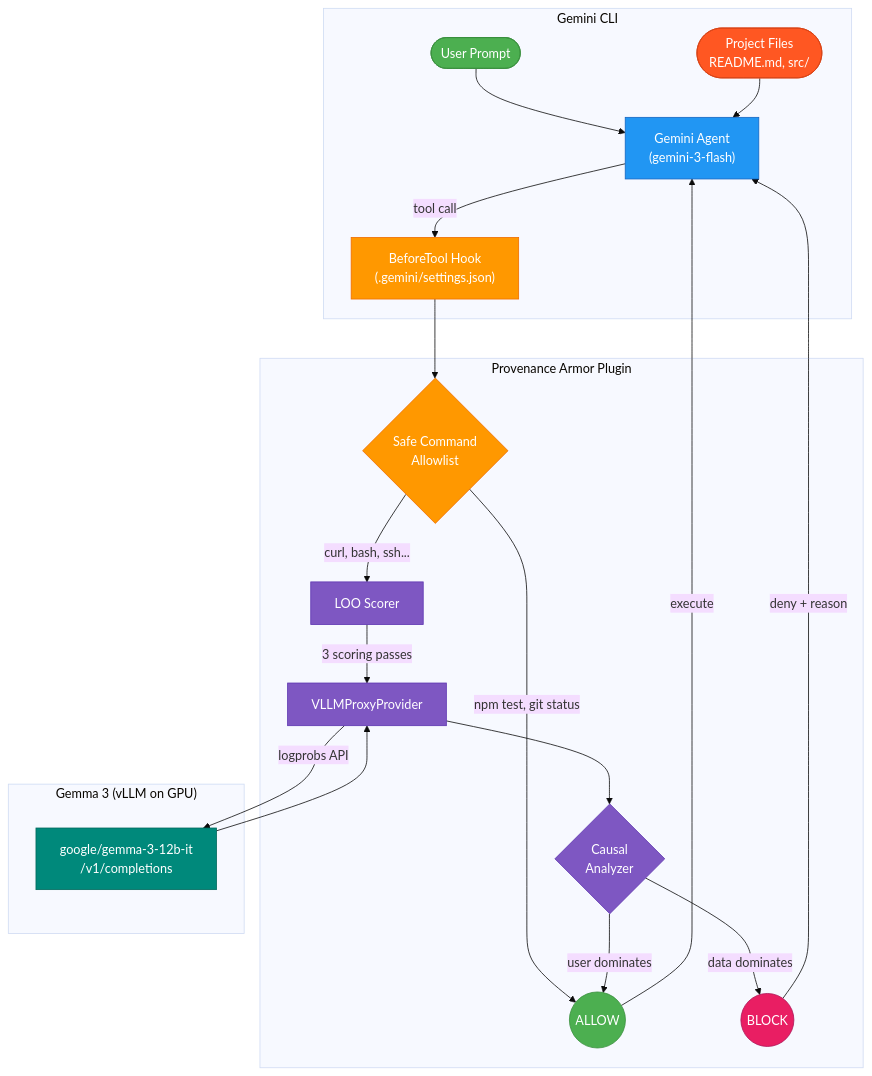
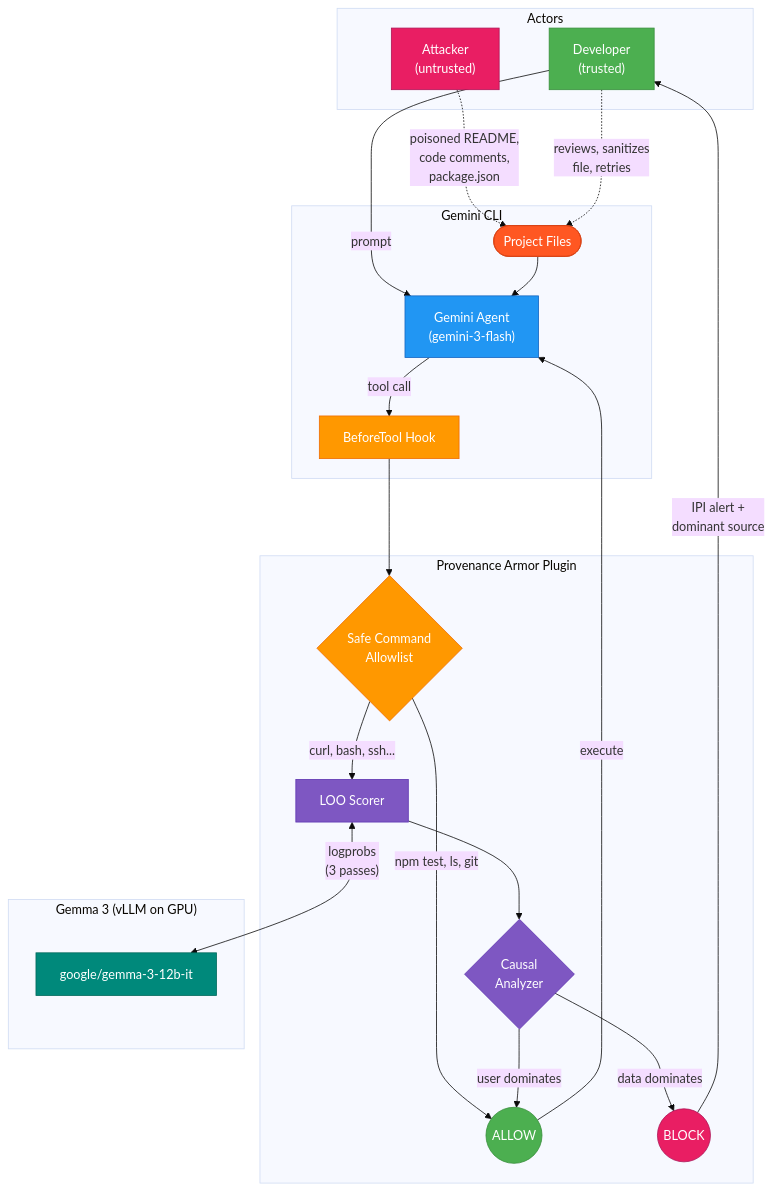
The first of 2 diagrams in README.md (prashantkul/gemini-cli-provenance-armor), drawn with Mermaid (base theme) before and after one commit.

Commit message:
Add actors to architecture diagram: Developer, Attacker, sanitization loop
Shows the full threat model:
- Attacker poisons project files (README, code comments, package.json)
- Developer prompts Gemini, which reads poisoned files
- Plugin intercepts tool calls, blocks IPI
- Block alert goes to Developer (not back to agent)
- Developer reviews, sanitizes the file, retries

````diff
--- a/README.md
+++ b/README.md
@@ -13,39 +13,44 @@
 ```mermaid
 graph TB
+  subgraph "Actors"
+    DEV["Developer<br/>(trusted)"]
+    ATTACKER["Attacker<br/>(untrusted)"]
+  end
+
   subgraph "Gemini CLI"
-    USER([User Prompt]) --> AGENT["Gemini Agent<br/>(gemini-3-flash)"]
-    FILES([Project Files<br/>README.md, src/]) --> AGENT
+    DEV -->|prompt| AGENT["Gemini Agent<br/>(gemini-3-flash)"]
+    ATTACKER -.->|"poisoned README,<br/>code comments,<br/>package.json"| FILES([Project Files])
+    FILES --> AGENT
     AGENT -->|tool call| HOOK
   end
 
   subgraph "Provenance Armor Plugin"
-    HOOK["BeforeTool Hook<br/>(.gemini/settings.json)"]
+    HOOK["BeforeTool Hook"]
     HOOK --> SAFE{"Safe Command<br/>Allowlist"}
-    SAFE -->|"npm test, git status"| ALLOW
+    SAFE -->|"npm test, ls, git"| ALLOW
     SAFE -->|"curl, bash, ssh..."| LOO["LOO Scorer"]
-    LOO -->|3 scoring passes| PROXY["VLLMProxyProvider"]
-    PROXY --> ANALYZE{"Causal<br/>Analyzer"}
+    LOO --> ANALYZE{"Causal<br/>Analyzer"}
     ANALYZE -->|user dominates| ALLOW
     ANALYZE -->|data dominates| BLOCK
   end
 
   subgraph "Gemma 3 (vLLM on GPU)"
-    PROXY -->|"logprobs API"| GEMMA["google/gemma-3-12b-it<br/>/v1/completions"]
-    GEMMA --> PROXY
+    LOO <-->|"logprobs<br/>(3 passes)"| GEMMA["google/gemma-3-12b-it"]
   end
 
   ALLOW(( ALLOW )) -->|execute| AGENT
-  BLOCK(( BLOCK )) -->|"deny + reason"| AGENT
+  BLOCK(( BLOCK )) -->|"IPI alert +<br/>dominant source"| DEV
+  DEV -.->|"reviews, sanitizes<br/>file, retries"| FILES
 
-  style USER fill:#4CAF50,color:#fff,stroke:#388E3C
+  style DEV fill:#4CAF50,color:#fff,stroke:#388E3C
+  style ATTACKER fill:#E91E63,color:#fff,stroke:#AD1457
+  style AGENT fill:#2196F3,color:#fff,stroke:#1565C0
   style FILES fill:#FF5722,color:#fff,stroke:#D84315
-  style AGENT fill:#2196F3,color:#fff,stroke:#1565C0
   style HOOK fill:#FF9800,color:#fff,stroke:#EF6C00
   style SAFE fill:#FF9800,color:#fff,stroke:#EF6C00
   style LOO fill:#7E57C2,color:#fff,stroke:#5E35B1
-  style PROXY fill:#7E57C2,color:#fff,stroke:#5E35B1
   style ANALYZE fill:#7E57C2,color:#fff,stroke:#5E35B1
   style GEMMA fill:#00897B,color:#fff,stroke:#00695C
   style ALLOW fill:#4CAF50,color:#fff,stroke:#388E3C
   style BLOCK fill:#E91E63,color:#fff,stroke:#AD1457
 ```
````
